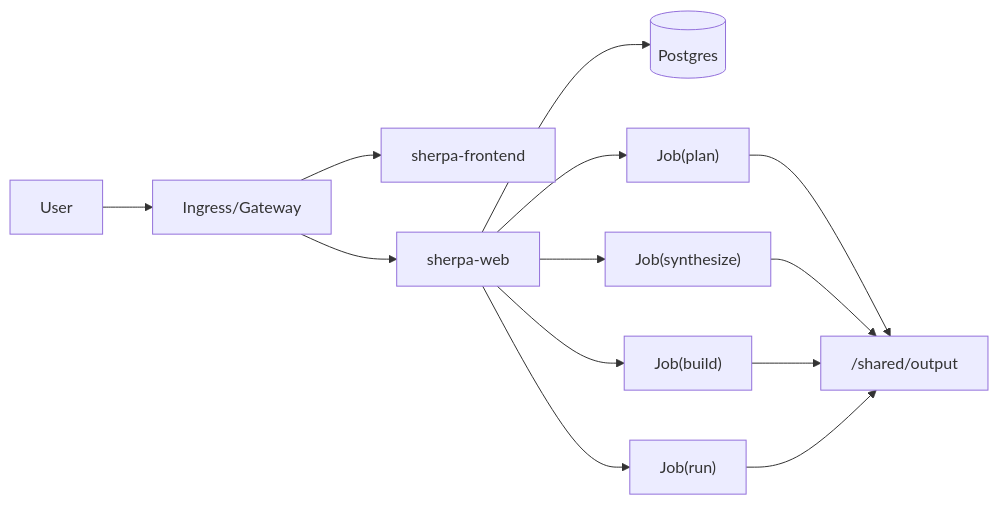
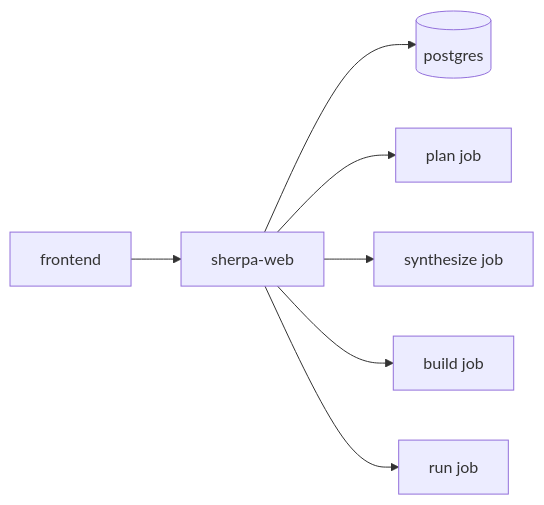
The diagram in docs/PROJECT_HANDOFF_STATUS.md (ZUENS2020/Sherpa), drawn with Mermaid before and after one commit. The commit also changed other lines of this file and 10 other files, not shown here.

Commit message:
Rewrite docs and diagrams

````diff
--- a/docs/PROJECT_HANDOFF_STATUS.md
+++ b/docs/PROJECT_HANDOFF_STATUS.md
@@ -17,15 +22,9 @@
 ```mermaid
 flowchart LR
-  U["User"] --> G["Ingress/Gateway"]
-  G --> FE["sherpa-frontend"]
-  G --> API["sherpa-web"]
-  API --> DB[(Postgres)]
-  API --> J1["Job(plan)"]
-  API --> J2["Job(synthesize)"]
-  API --> J3["Job(build)"]
-  API --> J4["Job(run)"]
-  J1 --> OUT["/shared/output"]
-  J2 --> OUT
-  J3 --> OUT
-  J4 --> OUT
+  FE["frontend"] --> API["sherpa-web"]
+  API --> DB[("postgres")]
+  API --> PJ["plan job"]
+  API --> SJ["synthesize job"]
+  API --> BJ["build job"]
+  API --> RJ["run job"]
 ```
````
